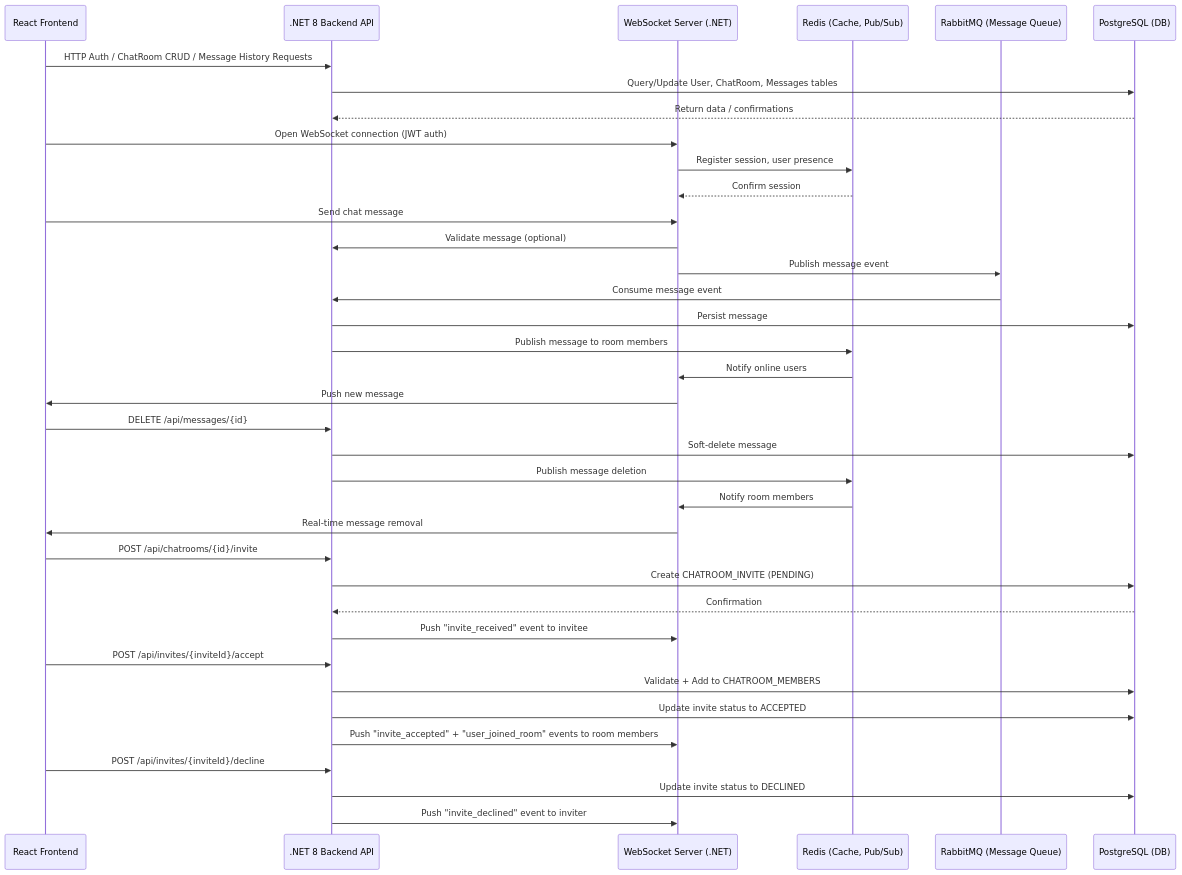
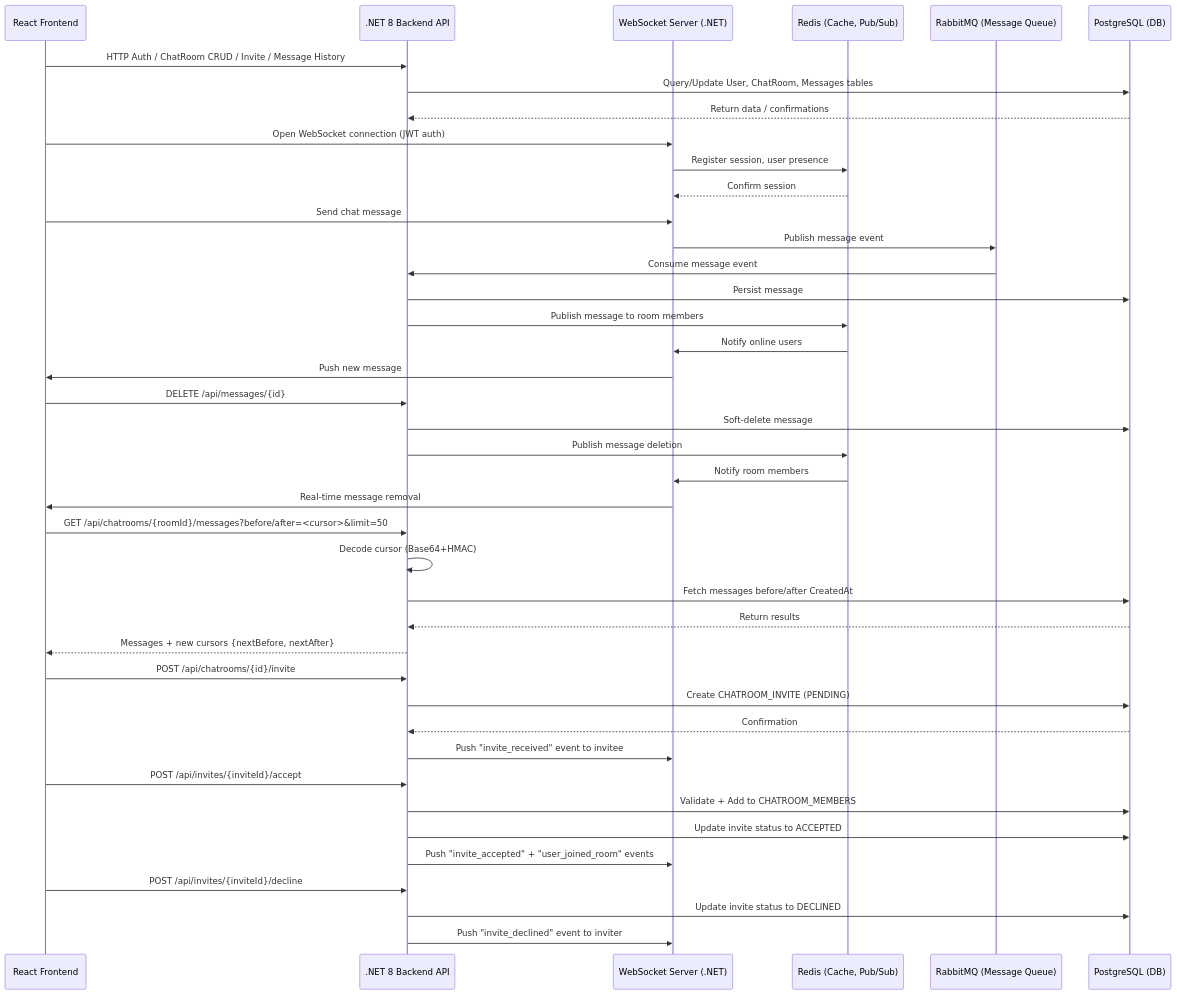
The first of 2 diagrams in PRD.md (Daffc/Chat_Manager), drawn with Mermaid before and after one commit. The commit also changed other lines of this file, not shown here.

Commit message:
Updating PRD Document with cursor pagination for retrieving of message history by group.

````diff
--- a/PRD.md
+++ b/PRD.md
@@ -96,54 +96,59 @@
 ```mermaid
 sequenceDiagram
     participant User as React Frontend
     participant API as .NET 8 Backend API
     participant WS as WebSocket Server (.NET)
     participant Redis as Redis (Cache, Pub/Sub)
     participant RabbitMQ as RabbitMQ (Message Queue)
     participant DB as PostgreSQL (DB)
 
     %% --- Authentication & CRUD ---
-    User->>API: HTTP Auth / ChatRoom CRUD / Message History Requests
+    User->>API: HTTP Auth / ChatRoom CRUD / Invite / Message History
     API->>DB: Query/Update User, ChatRoom, Messages tables
     DB-->>API: Return data / confirmations
 
     %% --- WebSocket Connection ---
     User->>WS: Open WebSocket connection (JWT auth)
     WS->>Redis: Register session, user presence
     Redis-->>WS: Confirm session
 
     %% --- Sending Message ---
     User->>WS: Send chat message
-    WS->>API: Validate message (optional)
     WS->>RabbitMQ: Publish message event
     RabbitMQ->>API: Consume message event
     API->>DB: Persist message
     API->>Redis: Publish message to room members
     Redis->>WS: Notify online users
     WS->>User: Push new message
 
     %% --- Deleting Message ---
     User->>API: DELETE /api/messages/{id}
     API->>DB: Soft-delete message
     API->>Redis: Publish message deletion
     Redis->>WS: Notify room members
     WS->>User: Real-time message removal
 
+    %% --- Fetching Messages with Cursor ---
+    User->>API: GET /api/chatrooms/{roomId}/messages?before/after=<cursor>&limit=50
+    API->>API: Decode cursor (Base64+HMAC)
+    API->>DB: Fetch messages before/after CreatedAt
+    DB-->>API: Return results
+    API-->>User: Messages + new cursors {nextBefore, nextAfter}
+
     %% --- Sending Invitation ---
     User->>API: POST /api/chatrooms/{id}/invite
     API->>DB: Create CHATROOM_INVITE (PENDING)
     DB-->>API: Confirmation
     API->>WS: Push "invite_received" event to invitee
 
     %% --- Accepting Invitation ---
     User->>API: POST /api/invites/{inviteId}/accept
     API->>DB: Validate + Add to CHATROOM_MEMBERS
     API->>DB: Update invite status to ACCEPTED
-    API->>WS: Push "invite_accepted" + "user_joined_room" events to room members
+    API->>WS: Push "invite_accepted" + "user_joined_room" events
 
     %% --- Declining Invitation ---
     User->>API: POST /api/invites/{inviteId}/decline
     API->>DB: Update invite status to DECLINED
     API->>WS: Push "invite_declined" event to inviter
-
 ```
````
